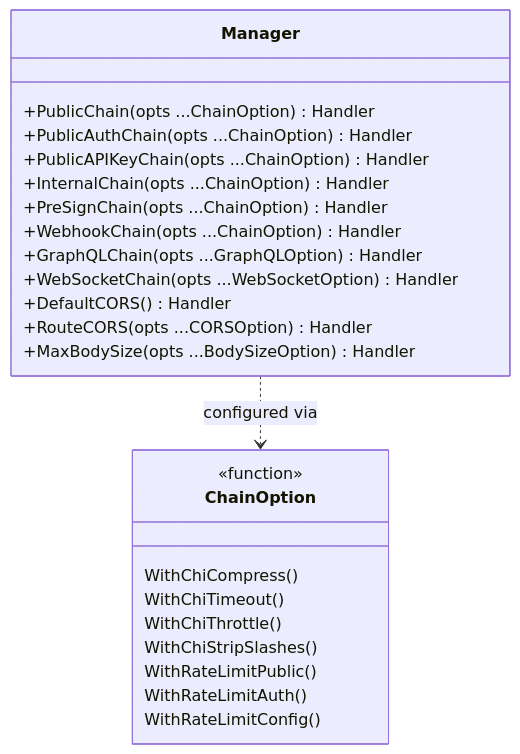
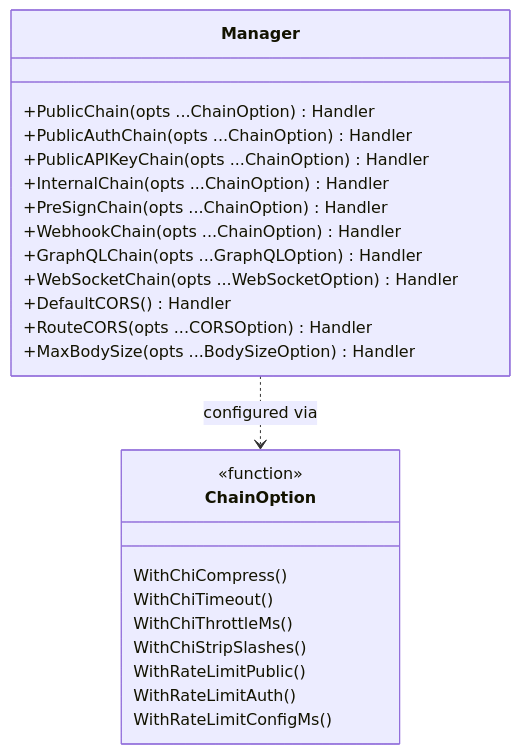
Before and after one commit to Jkenyut/nvx-go-middleware: the third of 4 diagrams in docs/ARCHITECTURE.md, drawn with Mermaid. The commit also changed other lines of this file and 12 other files, not shown here.

````diff
--- a/docs/ARCHITECTURE.md
+++ b/docs/ARCHITECTURE.md
@@ -97,29 +97,29 @@
 ```mermaid
 classDiagram
     class Manager {
         +PublicChain(opts ...ChainOption) Handler
         +PublicAuthChain(opts ...ChainOption) Handler
         +PublicAPIKeyChain(opts ...ChainOption) Handler
         +InternalChain(opts ...ChainOption) Handler
         +PreSignChain(opts ...ChainOption) Handler
         +WebhookChain(opts ...ChainOption) Handler
         +GraphQLChain(opts ...GraphQLOption) Handler
         +WebSocketChain(opts ...WebSocketOption) Handler
         +DefaultCORS() Handler
         +RouteCORS(opts ...CORSOption) Handler
         +MaxBodySize(opts ...BodySizeOption) Handler
     }
 
     class ChainOption {
         <<function>>
         WithChiCompress()
         WithChiTimeout()
-        WithChiThrottle()
+        WithChiThrottleMs()
         WithChiStripSlashes()
         WithRateLimitPublic()
         WithRateLimitAuth()
-        WithRateLimitConfig()
+        WithRateLimitConfigMs()
     }
 
     Manager ..> ChainOption : configured via
 ```
````
